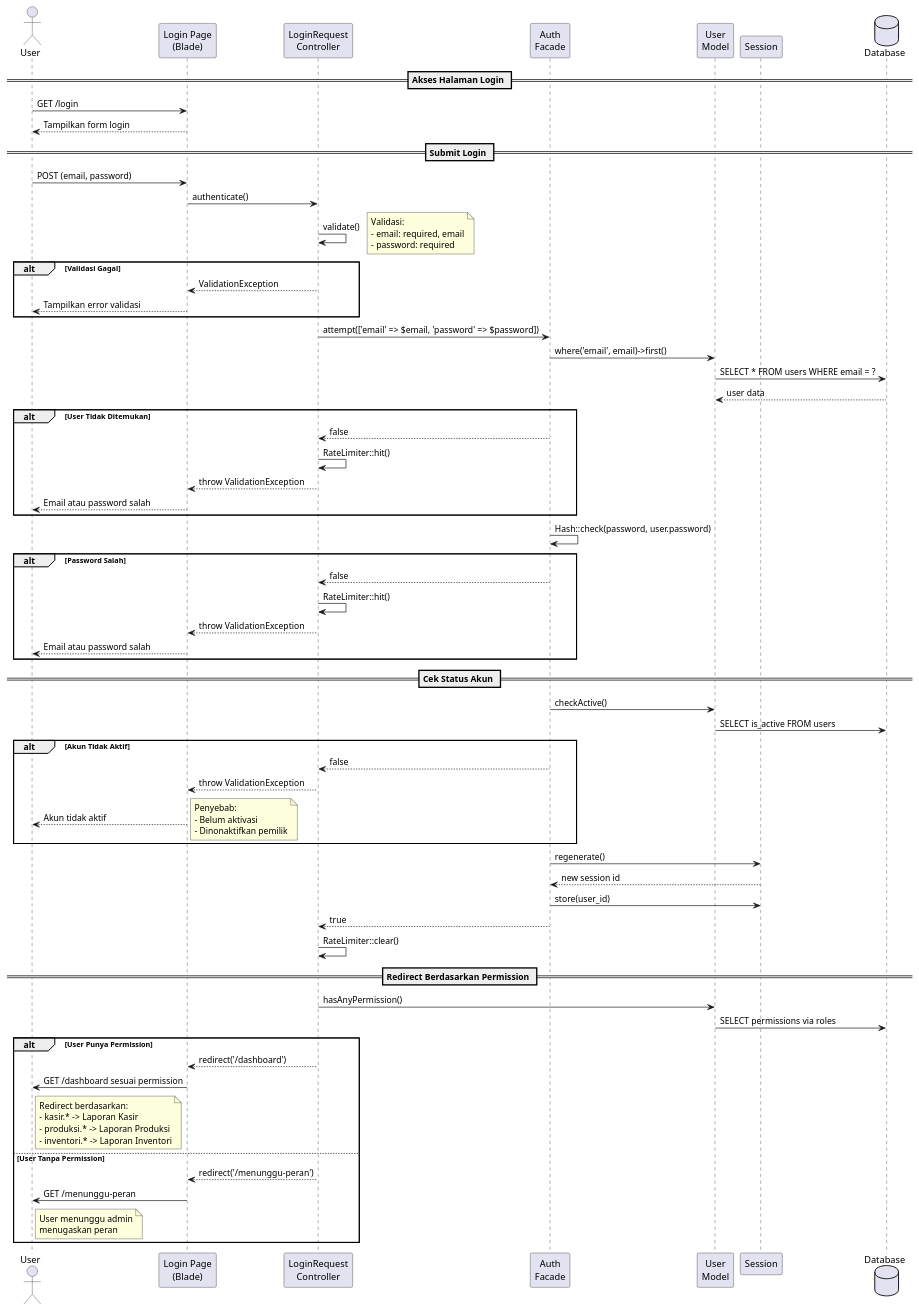
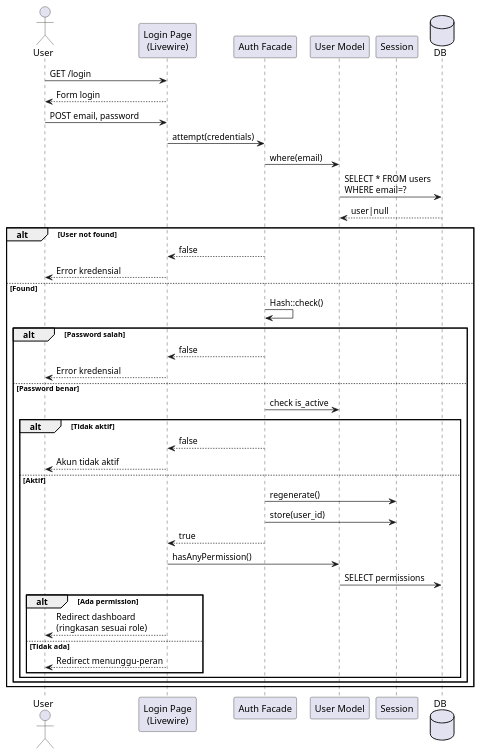
Before and after one commit to pawon3d/pawon3d: the diagram in docs/diagrams/puml/03_sequence_login.puml, drawn with PlantUML. The commit also changed 155 other files, not shown here.

```diff
--- a/docs/diagrams/puml/03_sequence_login.puml
+++ b/docs/diagrams/puml/03_sequence_login.puml
@@ -1,98 +1,50 @@
-@startuml Sequence Diagram - Login
+@startuml Sequence - Login & Otorisasi
 
 actor User
-participant "Login Page\n(Blade)" as Login
-participant "LoginRequest\nController" as LoginReq
-participant "Auth\nFacade" as Auth
-participant "User\nModel" as UserModel
-participant "Session" as Session
-database Database as DB
+participant "Login Page\n(Livewire)" as Login
+participant "Auth Facade" as Auth
+participant "User Model" as UserModel
+participant Session
+database DB
 
-== Akses Halaman Login ==
 User -> Login: GET /login
-Login --> User: Tampilkan form login
+Login --> User: Form login
 
-== Submit Login ==
-User -> Login: POST (email, password)
-Login -> LoginReq: authenticate()
+User -> Login: POST email, password
+Login -> Auth: attempt(credentials)
+Auth -> UserModel: where(email)
+UserModel -> DB: SELECT * FROM users\nWHERE email=?
+DB --> UserModel: user|null
 
-LoginReq -> LoginReq: validate()
-note right
-  Validasi:
-  - email: required, email
-  - password: required
-end note
-
-alt Validasi Gagal
-    LoginReq --> Login: ValidationException
-    Login --> User: Tampilkan error validasi
-end
-
-LoginReq -> Auth: attempt(['email' => $email, 'password' => $password])
-
-Auth -> UserModel: where('email', email)->first()
-UserModel -> DB: SELECT * FROM users WHERE email = ?
-DB --> UserModel: user data
-
-alt User Tidak Ditemukan
-    Auth --> LoginReq: false
-    LoginReq -> LoginReq: RateLimiter::hit()
-    LoginReq --> Login: throw ValidationException
-    Login --> User: Email atau password salah
-end
-
-Auth -> Auth: Hash::check(password, user.password)
-
-alt Password Salah
-    Auth --> LoginReq: false
-    LoginReq -> LoginReq: RateLimiter::hit()
-    LoginReq --> Login: throw ValidationException
-    Login --> User: Email atau password salah
-end
-
-== Cek Status Akun ==
-Auth -> UserModel: checkActive()
-UserModel -> DB: SELECT is_active FROM users
-
-alt Akun Tidak Aktif
-    Auth --> LoginReq: false
-    LoginReq --> Login: throw ValidationException
-    Login --> User: Akun tidak aktif
-    note right
-      Penyebab:
-      - Belum aktivasi
-      - Dinonaktifkan pemilik
-    end note
-end
-
-Auth -> Session: regenerate()
-Session --> Auth: new session id
-
-Auth -> Session: store(user_id)
-Auth --> LoginReq: true
-
-LoginReq -> LoginReq: RateLimiter::clear()
-
-== Redirect Berdasarkan Permission ==
-LoginReq -> UserModel: hasAnyPermission()
-UserModel -> DB: SELECT permissions via roles
-
-alt User Punya Permission
-    LoginReq --> Login: redirect('/dashboard')
-    Login -> User: GET /dashboard sesuai permission
-    note right of User
-      Redirect berdasarkan:
-      - kasir.* -> Laporan Kasir
-      - produksi.* -> Laporan Produksi
-      - inventori.* -> Laporan Inventori
-    end note
-else User Tanpa Permission
-    LoginReq --> Login: redirect('/menunggu-peran')
-    Login -> User: GET /menunggu-peran
-    note right of User
-      User menunggu admin
-      menugaskan peran
-    end note
+alt User not found
+    Auth --> Login: false
+    Login --> User: Error kredensial
+else Found
+    Auth -> Auth: Hash::check()
+    
+    alt Password salah
+        Auth --> Login: false
+        Login --> User: Error kredensial
+    else Password benar
+        Auth -> UserModel: check is_active
+        
+        alt Tidak aktif
+            Auth --> Login: false
+            Login --> User: Akun tidak aktif
+        else Aktif
+            Auth -> Session: regenerate()
+            Auth -> Session: store(user_id)
+            Auth --> Login: true
+            Login -> UserModel: hasAnyPermission()
+            UserModel -> DB: SELECT permissions
+            
+            alt Ada permission
+                Login --> User: Redirect dashboard\n(ringkasan sesuai role)
+            else Tidak ada
+                Login --> User: Redirect menunggu-peran
+            end
+        end
+    end
 end
 
 @enduml
```
